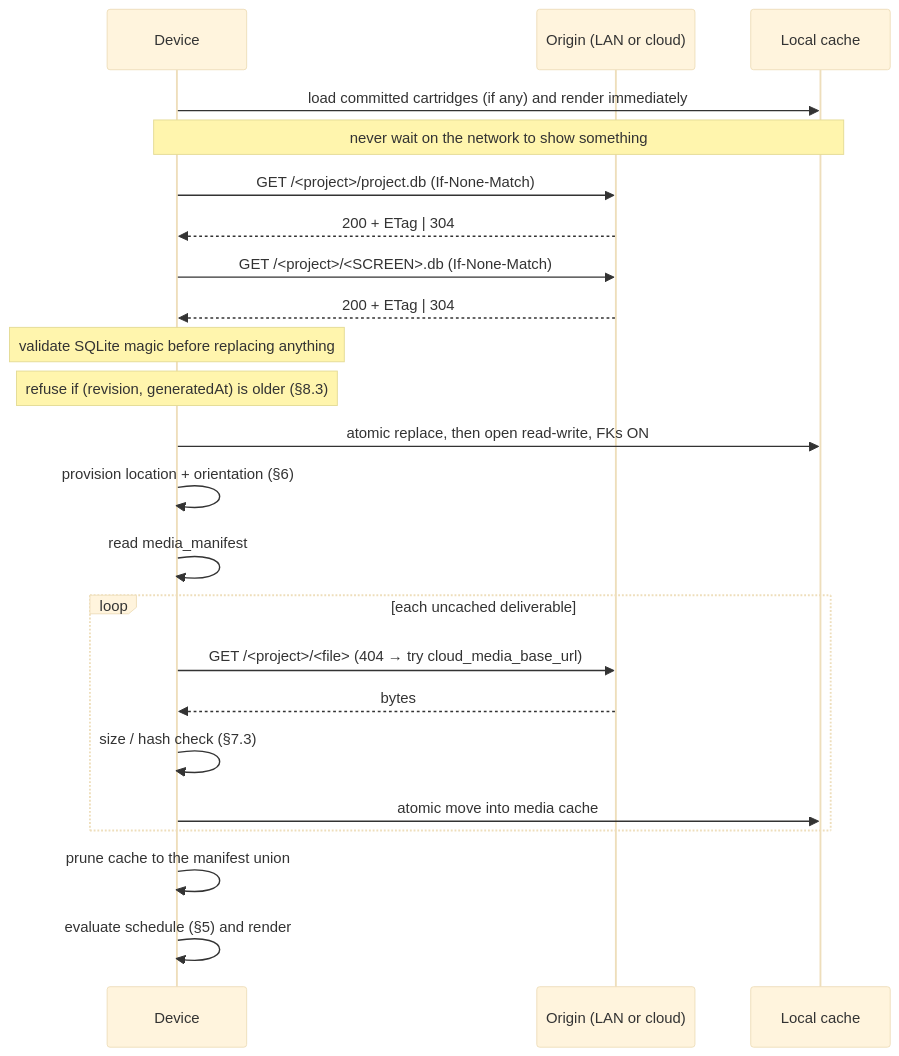
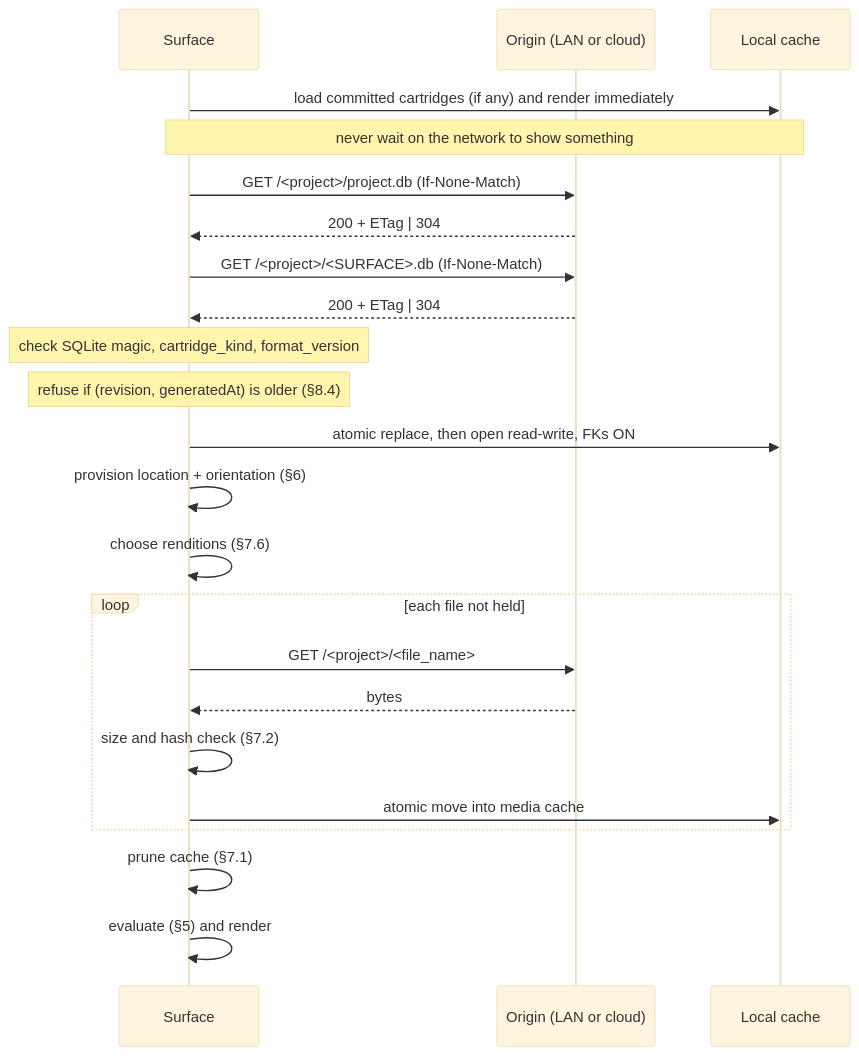
The third of 3 diagrams in README.md (Mountain-View-Staging/marquee-cartridge-spec), drawn with Mermaid (base theme) before and after one commit. The commit also changed other lines of this file and 1 other file, not shown here.

Commit message:
Specify cartridge format v25.0.1 (greenfield)

````diff
--- a/README.md
+++ b/README.md
@@ -960,29 +906,29 @@
 ```mermaid
 sequenceDiagram
-    participant D as Device
+    participant S as Surface
     participant O as Origin (LAN or cloud)
     participant C as Local cache
 
-    D->>C: load committed cartridges (if any) and render immediately
-    Note over D,C: never wait on the network to show something
+    S->>C: load committed cartridges (if any) and render immediately
+    Note over S,C: never wait on the network to show something
 
-    D->>O: GET /<project>/project.db   (If-None-Match)
-    O-->>D: 200 + ETag | 304
-    D->>O: GET /<project>/<SCREEN>.db  (If-None-Match)
-    O-->>D: 200 + ETag | 304
+    S->>O: GET /<project>/project.db   (If-None-Match)
+    O-->>S: 200 + ETag | 304
+    S->>O: GET /<project>/<SURFACE>.db (If-None-Match)
+    O-->>S: 200 + ETag | 304
 
-    Note over D: validate SQLite magic before replacing anything
-    Note over D: refuse if (revision, generatedAt) is older (§8.3)
-    D->>C: atomic replace, then open read-write, FKs ON
+    Note over S: check SQLite magic, cartridge_kind, format_version
+    Note over S: refuse if (revision, generatedAt) is older (§8.4)
+    S->>C: atomic replace, then open read-write, FKs ON
 
-    D->>D: provision location + orientation (§6)
-    D->>D: read media_manifest
-    loop each uncached deliverable
-        D->>O: GET /<project>/<file>   (404 → try cloud_media_base_url)
-        O-->>D: bytes
-        D->>D: size / hash check (§7.3)
-        D->>C: atomic move into media cache
+    S->>S: provision location + orientation (§6)
+    S->>S: choose renditions (§7.6)
+    loop each file not held
+        S->>O: GET /<project>/<file_name>
+        O-->>S: bytes
+        S->>S: size and hash check (§7.2)
+        S->>C: atomic move into media cache
     end
-    D->>D: prune cache to the manifest union
-    D->>D: evaluate schedule (§5) and render
+    S->>S: prune cache (§7.1)
+    S->>S: evaluate (§5) and render
 ```
````
